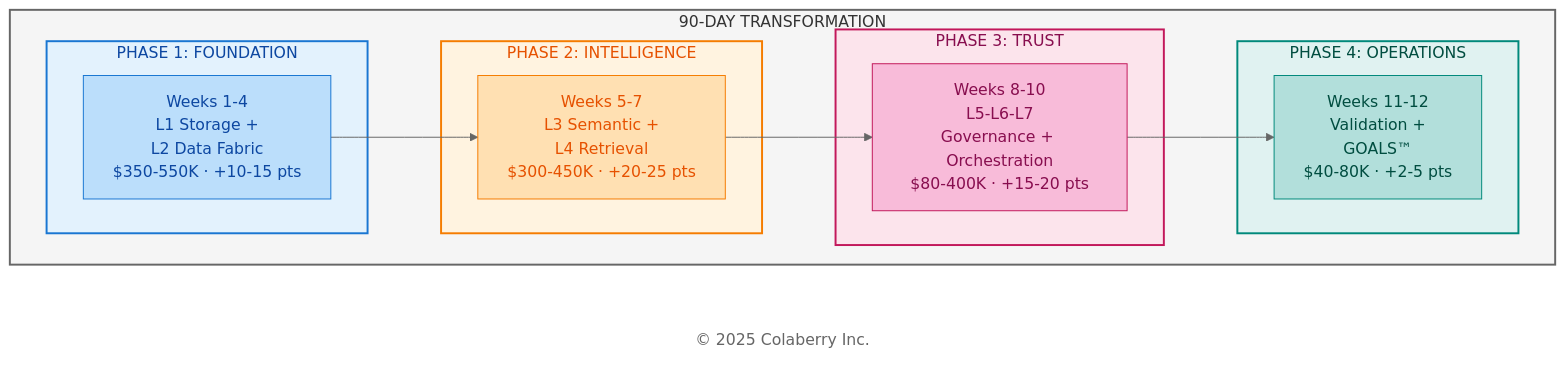
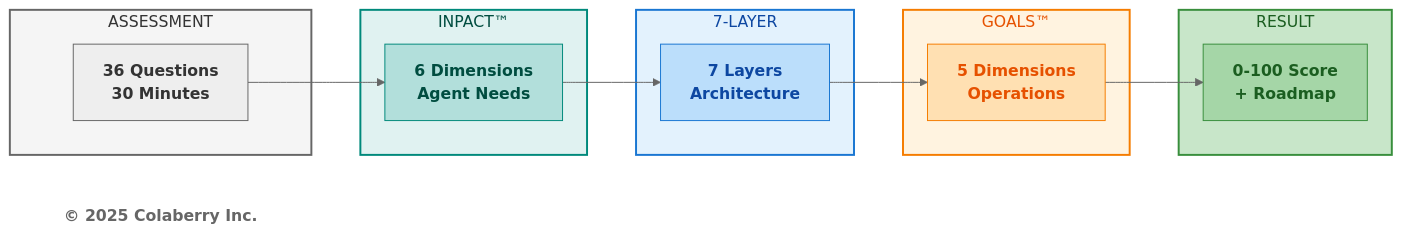
Before and after one commit to saitejesh-cyber/trust-before-intelligence-book: the second of 6 diagrams in manuscript/11_chapter_10_week_by_week_implementation.md, drawn with Mermaid (neutral theme). The commit also changed other lines of this file and 2 other files, not shown here.

````diff
--- a/manuscript/11_chapter_10_week_by_week_implementation.md
+++ b/manuscript/11_chapter_10_week_by_week_implementation.md
@@ -141,38 +87,38 @@
 ```mermaid
-
 graph LR
-    subgraph JOURNEY["90-DAY TRANSFORMATION"]
-        direction LR
-        subgraph PHASE1["PHASE 1: FOUNDATION"]
-            P1["Weeks 1-4<br/>L1 Storage +<br/> L2 Data Fabric<br/>$350-550K · +10-15 pts"]
-        end
-        
-        subgraph PHASE2["PHASE 2: INTELLIGENCE"]
-            P2["Weeks 5-7<br/>L3 Semantic +<br/> L4 Retrieval<br/>$300-450K · +20-25 pts"]
-        end
-        
-        subgraph PHASE3["PHASE 3: TRUST"]
-            P3["Weeks 8-10<br/>L5-L6-L7<br/>Governance + Orchestration<br/>$80-400K · +15-20 pts"]
-        end
-        
-        subgraph PHASE4["PHASE 4: OPERATIONS"]
-            P4["Weeks 11-12<br/>Validation +<br/> GOALS™<br/>$40-80K · +2-5 pts"]
-        end
+    subgraph ASSESS["ASSESSMENT"]
+        A1["<b>36 Questions</b><br/><b>30 Minutes</b>"]
     end
     
-    Copyright["© 2025 Colaberry Inc."]
+    subgraph INPACT["INPACT™"]
+        I1["<b>6 Dimensions</b><br/><b>Agent Needs</b>"]
+    end
     
-    P1 --> P2 --> P3 --> P4
+    subgraph ARCH["7-LAYER"]
+        A2["<b>7 Layers</b><br/><b>Architecture</b>"]
+    end
     
-    style JOURNEY fill:#f5f5f5,stroke:#666666,stroke-width:2px,color:#333333
-    style PHASE1 fill:#e3f2fd,stroke:#1976d2,stroke-width:2px,color:#0d47a1
-    style PHASE2 fill:#fff3e0,stroke:#f57c00,stroke-width:2px,color:#e65100
-    style PHASE3 fill:#fce4ec,stroke:#c2185b,stroke-width:2px,color:#880e4f
-    style PHASE4 fill:#e0f2f1,stroke:#00897b,stroke-width:2px,color:#004d40
-    style P1 fill:#bbdefb,stroke:#1976d2,color:#0d47a1
-    style P2 fill:#ffe0b2,stroke:#f57c00,color:#e65100
-    style P3 fill:#f8bbd9,stroke:#c2185b,color:#880e4f
-    style P4 fill:#b2dfdb,stroke:#00897b,color:#004d40
+    subgraph GOALS["GOALS™"]
+        G1["<b>5 Dimensions</b><br/><b>Operations</b>"]
+    end
+    
+    subgraph RESULT["RESULT"]
+        R1["<b>0-100 Score</b><br/><b>+ Roadmap</b>"]
+    end
+    
+    A1 --> I1 --> A2 --> G1 --> R1
+    
+    Copyright["<b>© 2025 Colaberry Inc.</b>"]
+    
+    style ASSESS fill:#f5f5f5,stroke:#666666,stroke-width:2px,color:#333333
+    style INPACT fill:#e0f2f1,stroke:#00897b,stroke-width:2px,color:#004d40
+    style ARCH fill:#e3f2fd,stroke:#1976d2,stroke-width:2px,color:#0d47a1
+    style GOALS fill:#fff3e0,stroke:#f57c00,stroke-width:2px,color:#e65100
+    style RESULT fill:#c8e6c9,stroke:#388e3c,stroke-width:2px,color:#1b5e20
+    style A1 fill:#eeeeee,stroke:#666666,color:#333333
+    style I1 fill:#b2dfdb,stroke:#00897b,color:#004d40
+    style A2 fill:#bbdefb,stroke:#1976d2,color:#0d47a1
+    style G1 fill:#ffe0b2,stroke:#f57c00,color:#e65100
+    style R1 fill:#a5d6a7,stroke:#388e3c,color:#1b5e20
     style Copyright fill:#ffffff,stroke:none,color:#666666
-
 ```
````
